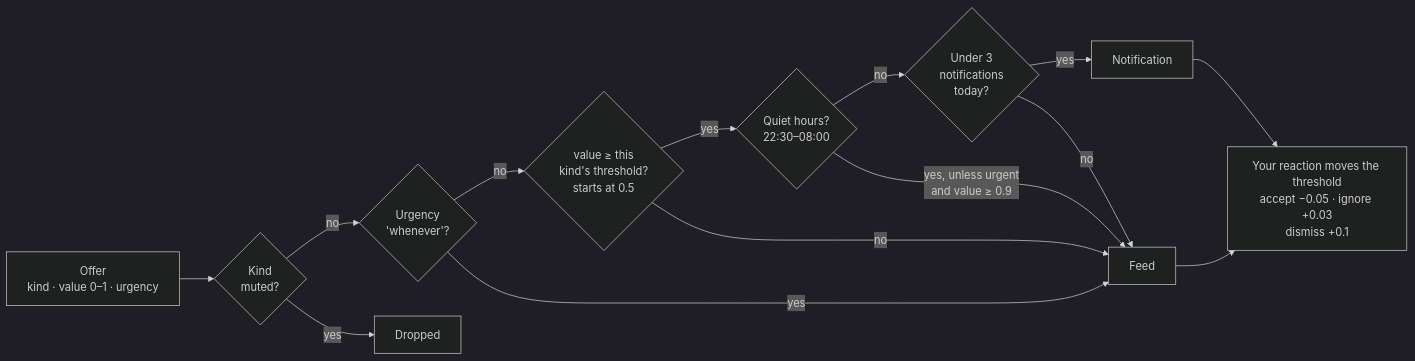
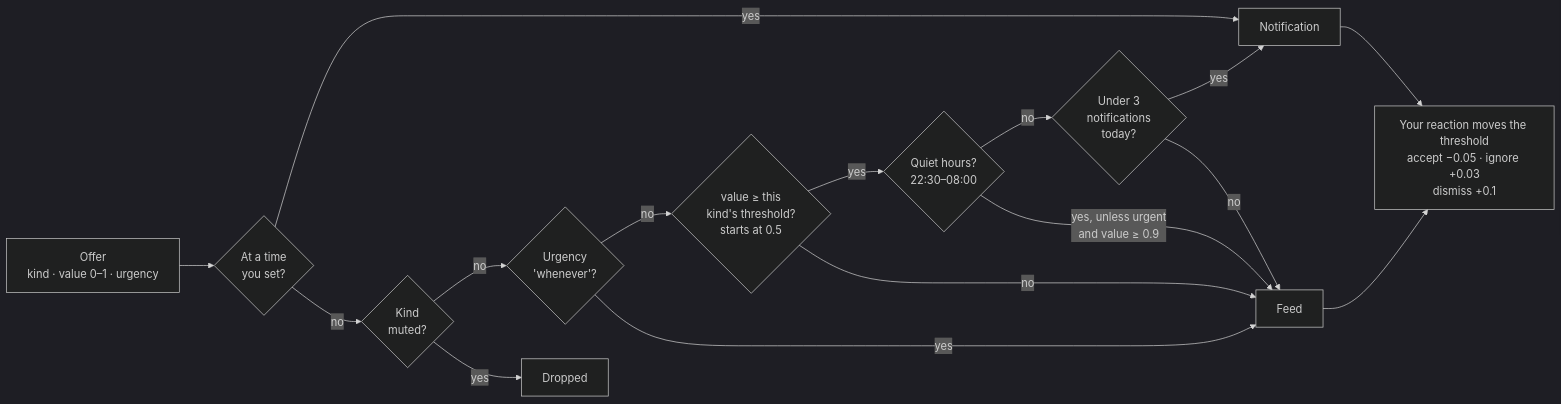
Before and after one commit to lycenxx/moqi: the second of 2 diagrams in README.md, drawn with Mermaid (dark theme). The commit also changed other lines of this file and 8 other files, not shown here.

````diff
--- a/README.md
+++ b/README.md
@@ -50,16 +51,18 @@
 ```mermaid
 flowchart LR
-  o["Offer<br/>kind · value 0–1 · urgency"] --> m{Kind<br/>muted?}
+  o["Offer<br/>kind · value 0–1 · urgency"] --> u{"At a time<br/>you set?"}
+  u -->|yes| n[Notification]
+  u -->|no| m{Kind<br/>muted?}
   m -->|no| w{"Urgency<br/>'whenever'?"}
   w -->|no| t{"value ≥ this<br/>kind's threshold?<br/>starts at 0.5"}
   t -->|yes| q{"Quiet hours?<br/>22:30–08:00"}
   q -->|no| b{"Under 3<br/>notifications<br/>today?"}
-  b -->|yes| n[Notification]
+  b -->|yes| n
   m -->|yes| drop[Dropped]
   w -->|yes| feed[Feed]
   t -->|no| feed
   q -->|"yes, unless urgent<br/>and value ≥ 0.9"| feed
   b -->|no| feed
   n --> r["Your reaction moves the threshold<br/>accept −0.05 · ignore +0.03<br/>dismiss +0.1"]
   feed --> r
 ```
````
